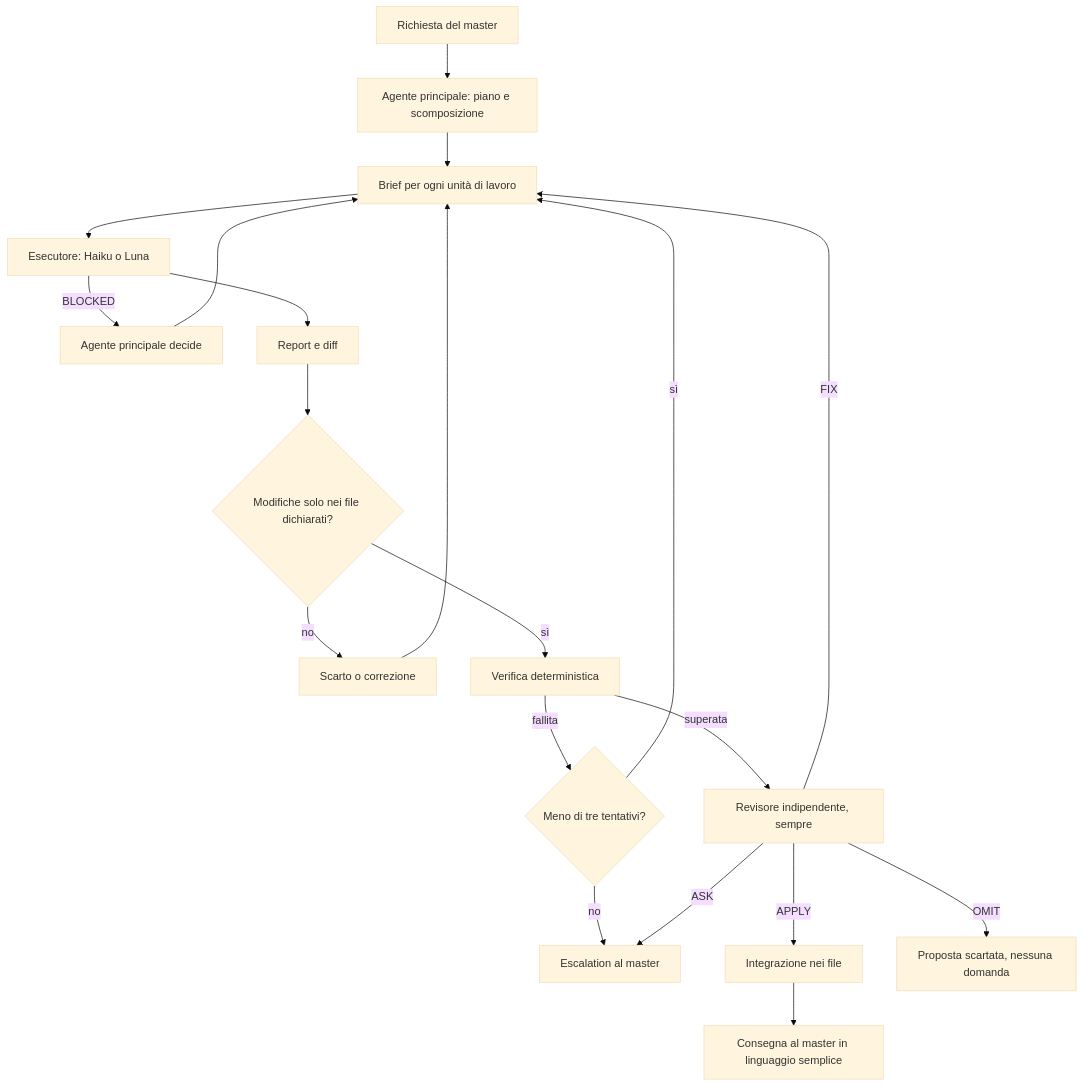
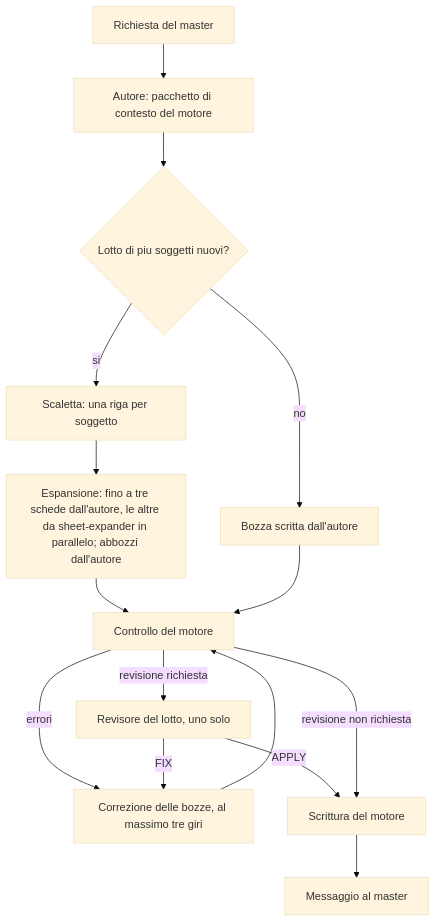
Before and after one commit to StefanoVe/yllir: the diagram in docs/Orchestrazione degli agenti.md, drawn with Mermaid (base theme). The commit also changed other lines of this file and 1 other file, not shown here.

````diff
--- a/docs/Orchestrazione degli agenti.md
+++ b/docs/Orchestrazione degli agenti.md
@@ -33,22 +56,17 @@
 ```mermaid
 flowchart TD
-    A[Richiesta del master] --> B[Agente principale: piano e scomposizione]
-    B --> C[Brief per ogni unità di lavoro]
-    C --> D[Esecutore: Haiku o Luna]
-    D -->|BLOCKED| E[Agente principale decide]
-    E --> C
-    D --> F[Report e diff]
-    F --> G{Modifiche solo nei file dichiarati?}
-    G -->|no| H[Scarto o correzione]
-    H --> C
-    G -->|sì| I[Verifica deterministica]
-    I -->|fallita| J{Meno di tre tentativi?}
-    J -->|sì| C
-    J -->|no| K[Escalation al master]
-    I -->|superata| M[Revisore indipendente, sempre]
-    M -->|APPLY| N[Integrazione nei file]
-    M -->|FIX| C
-    M -->|ASK| K
-    M -->|OMIT| Q[Proposta scartata, nessuna domanda]
-    N --> O[Consegna al master in linguaggio semplice]
+    A[Richiesta del master] --> B[Autore: pacchetto di contesto del motore]
+    B --> C{Lotto di piu soggetti nuovi?}
+    C -->|si| D[Scaletta: una riga per soggetto]
+    C -->|no| F[Bozza scritta dall'autore]
+    D --> E[Espansione: fino a tre schede dall'autore, le altre da sheet-expander in parallelo; abbozzi dall'autore]
+    E --> G[Controllo del motore]
+    F --> G
+    G -->|errori| H[Correzione delle bozze, al massimo tre giri]
+    H --> G
+    G -->|revisione richiesta| I[Revisore del lotto, uno solo]
+    I -->|FIX| H
+    I -->|APPLY| J[Scrittura del motore]
+    G -->|revisione non richiesta| J
+    J --> K[Messaggio al master]
 ```
````
